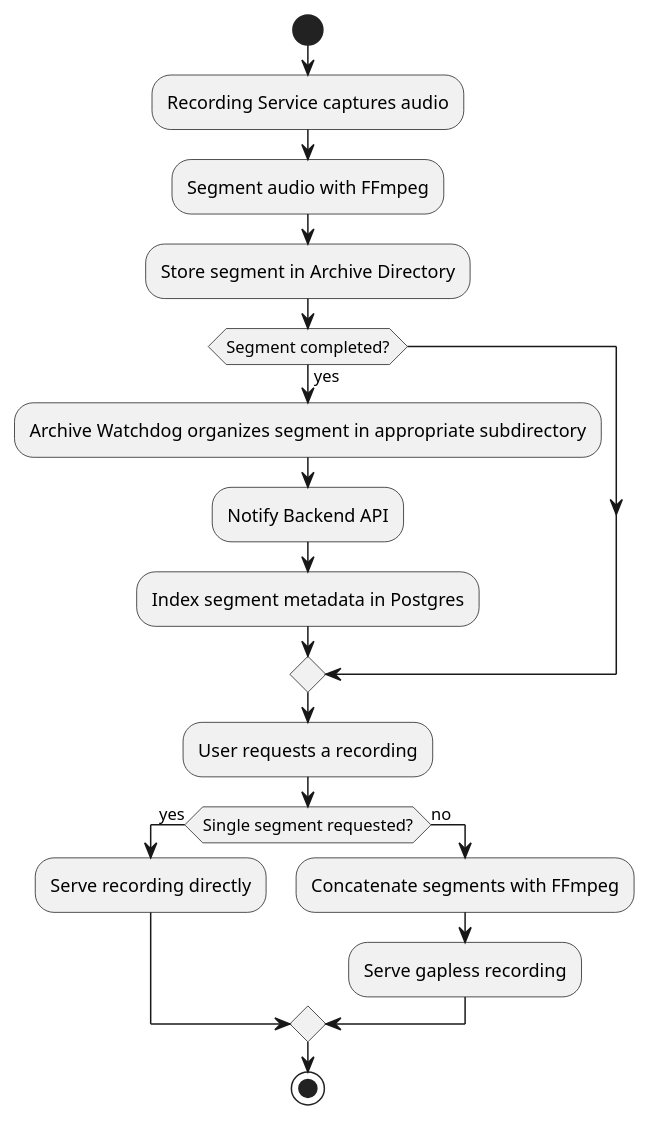
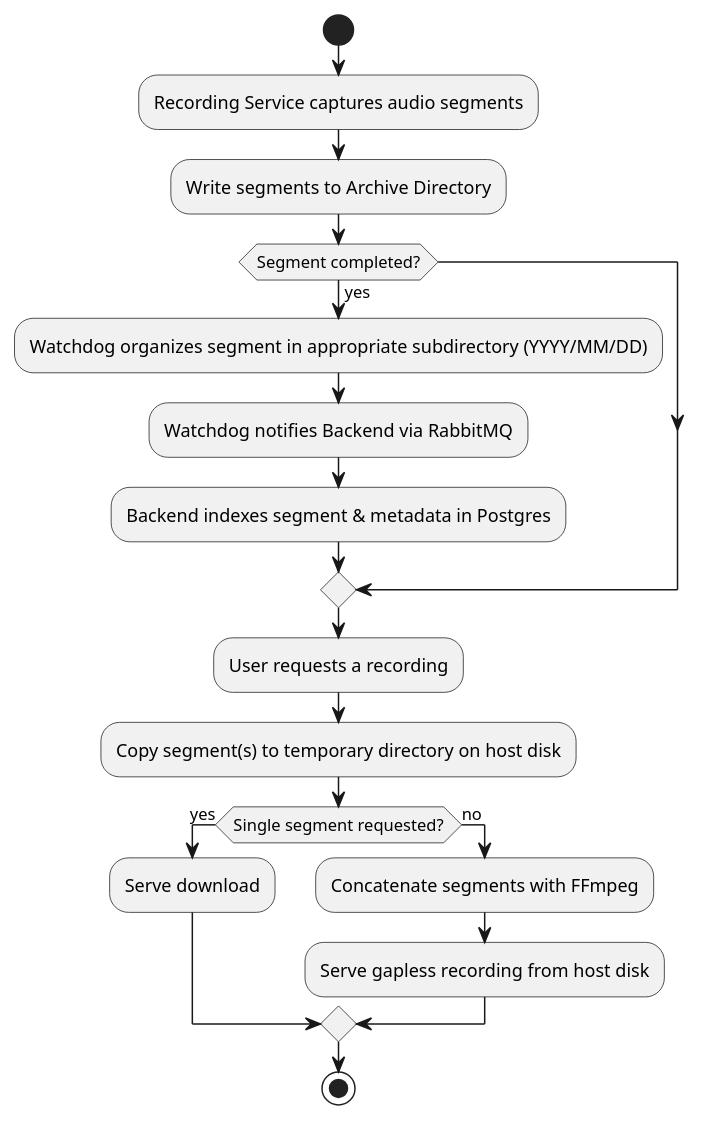
One commit to WBOR-91-1-FM/wbor-archiver changed the diagram in diagrams/workflow.puml. Above: the diagram before and after it, drawn with PlantUML.

Commit message:
Refactor workflow diagram: update audio segment handling and clarify backend interactions

```diff
--- a/diagrams/workflow.puml
+++ b/diagrams/workflow.puml
@@ -1,25 +1,25 @@
 @startuml Archiver Workflow
 
 start
 
-:Recording Service captures audio;
-:Segment audio with FFmpeg;
-:Store segment in Archive Directory;
+:Recording Service captures audio segments;
+:Write segments to Archive Directory;
 
 if (Segment completed?) then (yes)
-    :Archive Watchdog organizes segment in appropriate subdirectory;
-    :Notify Backend API;
-    :Index segment metadata in Postgres;
+    :Watchdog organizes segment in appropriate subdirectory (YYYY/MM/DD);
+    :Watchdog notifies Backend via RabbitMQ;
+    :Backend indexes segment & metadata in Postgres;
 endif
 
 :User requests a recording;
+:Copy segment(s) to temporary directory on host disk;
 if (Single segment requested?) then (yes)
-    :Serve recording directly;
+    :Serve download;
 else (no)
     :Concatenate segments with FFmpeg;
-    :Serve gapless recording;
+    :Serve gapless recording from host disk;
 endif
 
 stop
 
 @enduml
```
